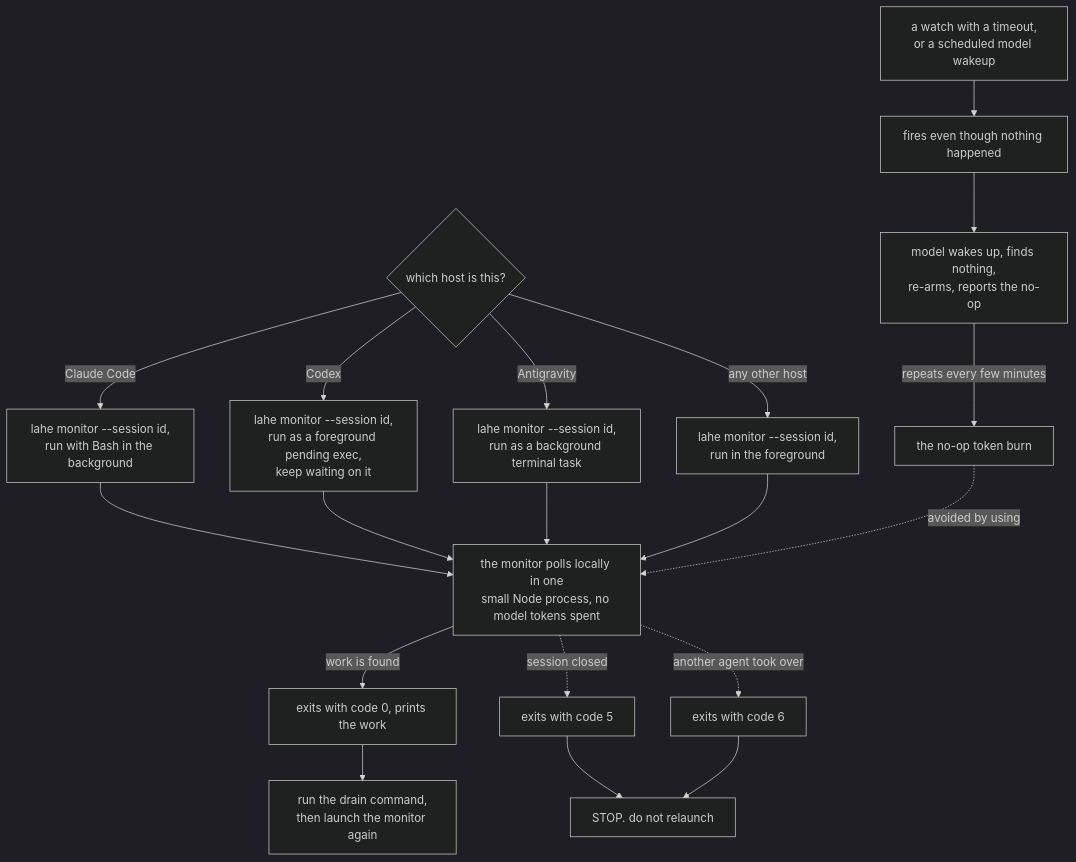
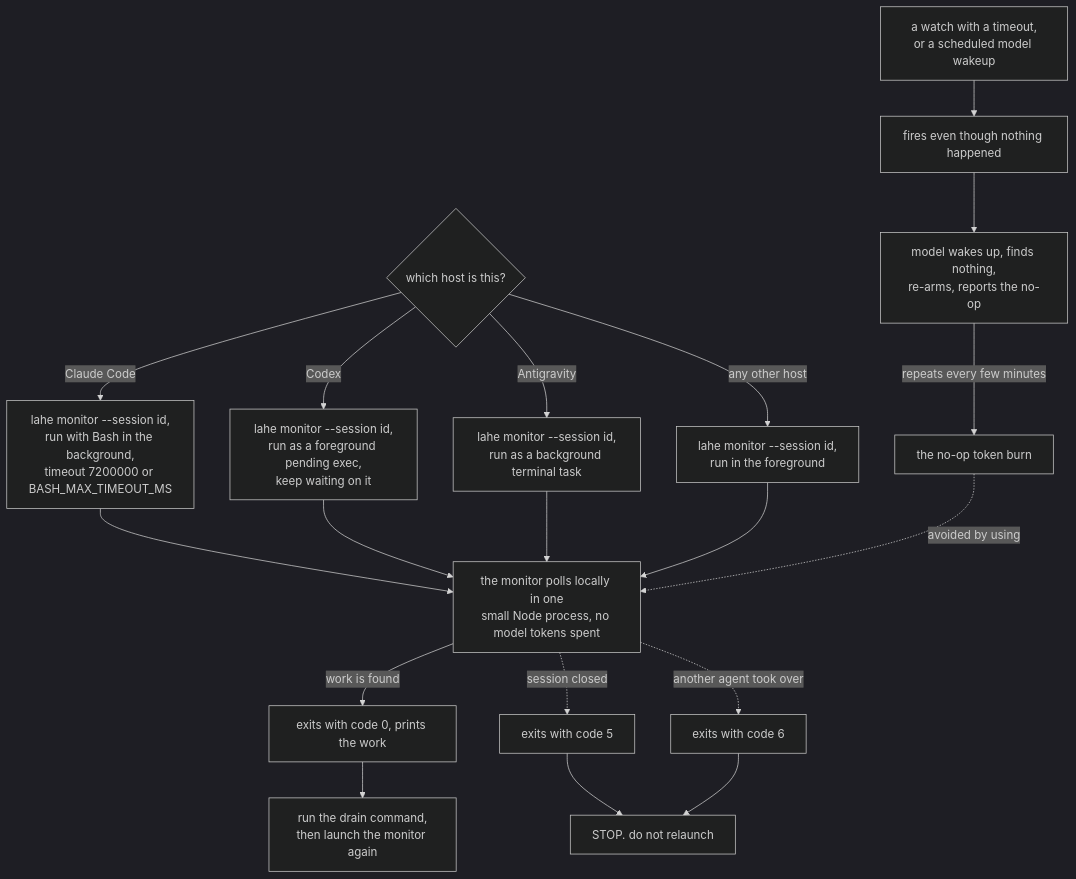
Before and after one commit to kenxle/live-agentic-html-editor: the second of 3 diagrams in docs/diagrams/agent_workflow.md, drawn with Mermaid (dark theme). The commit also changed other lines of this file and 17 other files, not shown here.

````diff
--- a/docs/diagrams/agent_workflow.md
+++ b/docs/diagrams/agent_workflow.md
@@ -34,25 +34,25 @@
 ```mermaid
 flowchart TD
     Host{"which host is this?"}
-    Host -->|"Claude Code"| CC["lahe monitor --session id,<br/>run with Bash in the background"]
+    Host -->|"Claude Code"| CC["lahe monitor --session id,<br/>run with Bash in the background,<br/>timeout 7200000 or BASH_MAX_TIMEOUT_MS"]
     Host -->|"Codex"| Cx["lahe monitor --session id,<br/>run as a foreground pending exec,<br/>keep waiting on it"]
     Host -->|"Antigravity"| AG["lahe monitor --session id,<br/>run as a background terminal task"]
     Host -->|"any other host"| Oth["lahe monitor --session id,<br/>run in the foreground"]
 
     CC --> LocalPoll
     Cx --> LocalPoll["the monitor polls locally in one<br/>small Node process, no model tokens spent"]
     AG --> LocalPoll
     Oth --> LocalPoll
     LocalPoll -->|"work is found"| Exit0["exits with code 0, prints the work"]
     Exit0 --> Drain1["run the drain command,<br/>then launch the monitor again"]
 
     LocalPoll -.->|"session closed"| Exit5["exits with code 5"]
     LocalPoll -.->|"another agent took over"| Exit6["exits with code 6"]
     Exit5 --> Stop["STOP. do not relaunch"]
     Exit6 --> Stop
 
     Danger["a watch with a timeout,<br/>or a scheduled model wakeup"] --> Timeout["fires even though nothing happened"]
     Timeout --> Relaunch["model wakes up, finds nothing,<br/>re-arms, reports the no-op"]
     Relaunch -->|"repeats every few minutes"| NoOp["the no-op token burn"]
     NoOp -.->|"avoided by using"| LocalPoll
 ```
````
